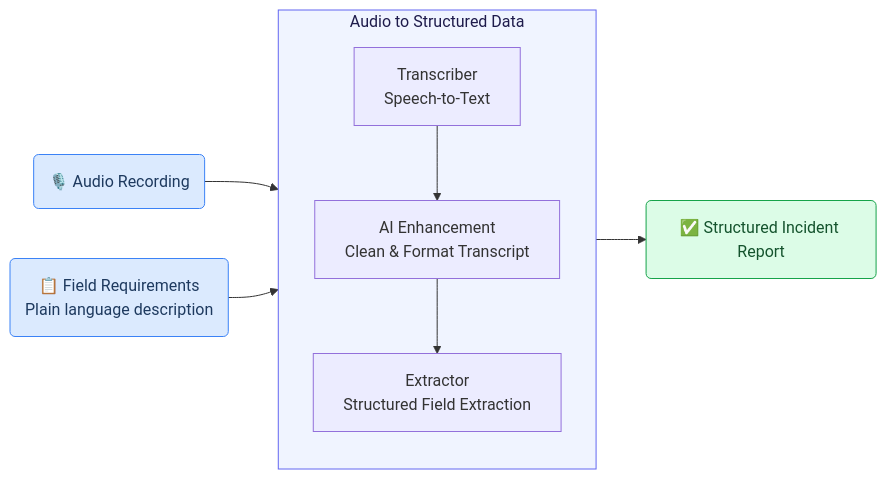
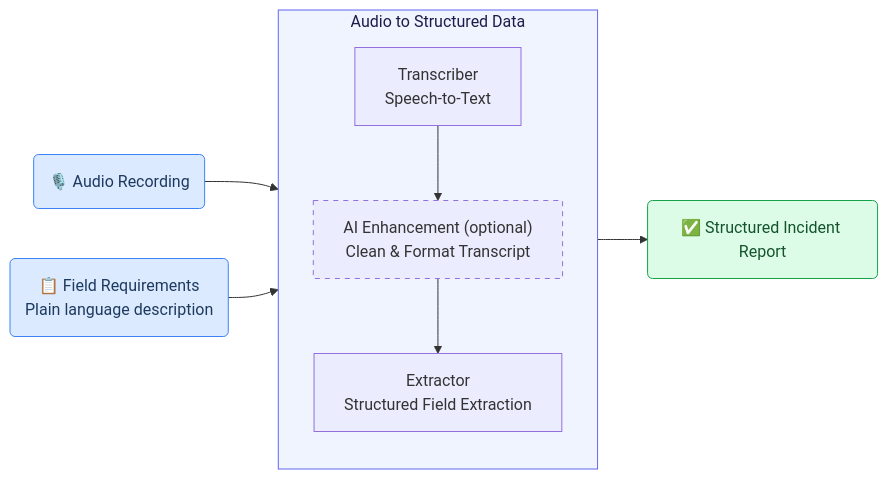
The first of 4 diagrams in guidance_layer/website/content/docs/use-cases/incident-reporting.mdx (GAIK-project/gaik-toolkit), drawn with Mermaid before and after one commit. The commit also changed other lines of this file, not shown here.

Commit message:
docs(incident-reporting): mark AI enhancement step as optional
The enhancement step defaults to off in AudioToStructuredData, so show
it with a dashed border and an "(optional)" label — matching the
convention used in the dental transcription diagram.

````diff
--- a/guidance_layer/website/content/docs/use-cases/incident-reporting.mdx
+++ b/guidance_layer/website/content/docs/use-cases/incident-reporting.mdx
@@ -123,20 +123,21 @@
 ```mermaid
 flowchart LR
     A("🎙️ Audio Recording") --> B
 
     subgraph B["Audio to Structured Data"]
         direction TB
         T["Transcriber<br/>Speech-to-Text"]
-        E["AI Enhancement<br/>Clean & Format Transcript"]
+        E["AI Enhancement (optional)<br/>Clean & Format Transcript"]
         X["Extractor<br/>Structured Field Extraction"]
         T --> E --> X
     end
 
     C("📋 Field Requirements<br/>Plain language description") --> B
     B --> D("✅ Structured Incident Report")
 
     style A fill:#dbeafe,stroke:#3b82f6,color:#1e3a5f
     style C fill:#dbeafe,stroke:#3b82f6,color:#1e3a5f
     style D fill:#dcfce7,stroke:#16a34a,color:#14532d
     style B fill:#f0f4ff,stroke:#6366f1,color:#1e1b4b
+    style E stroke-dasharray: 5 5
 ```
````
